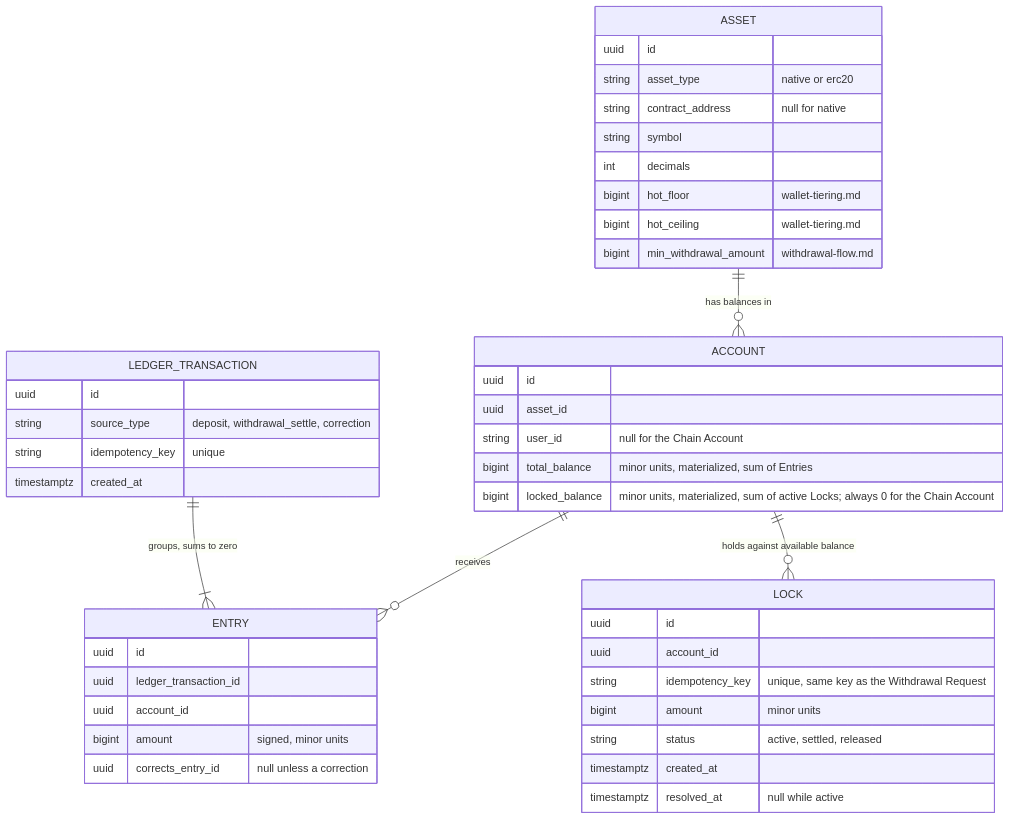
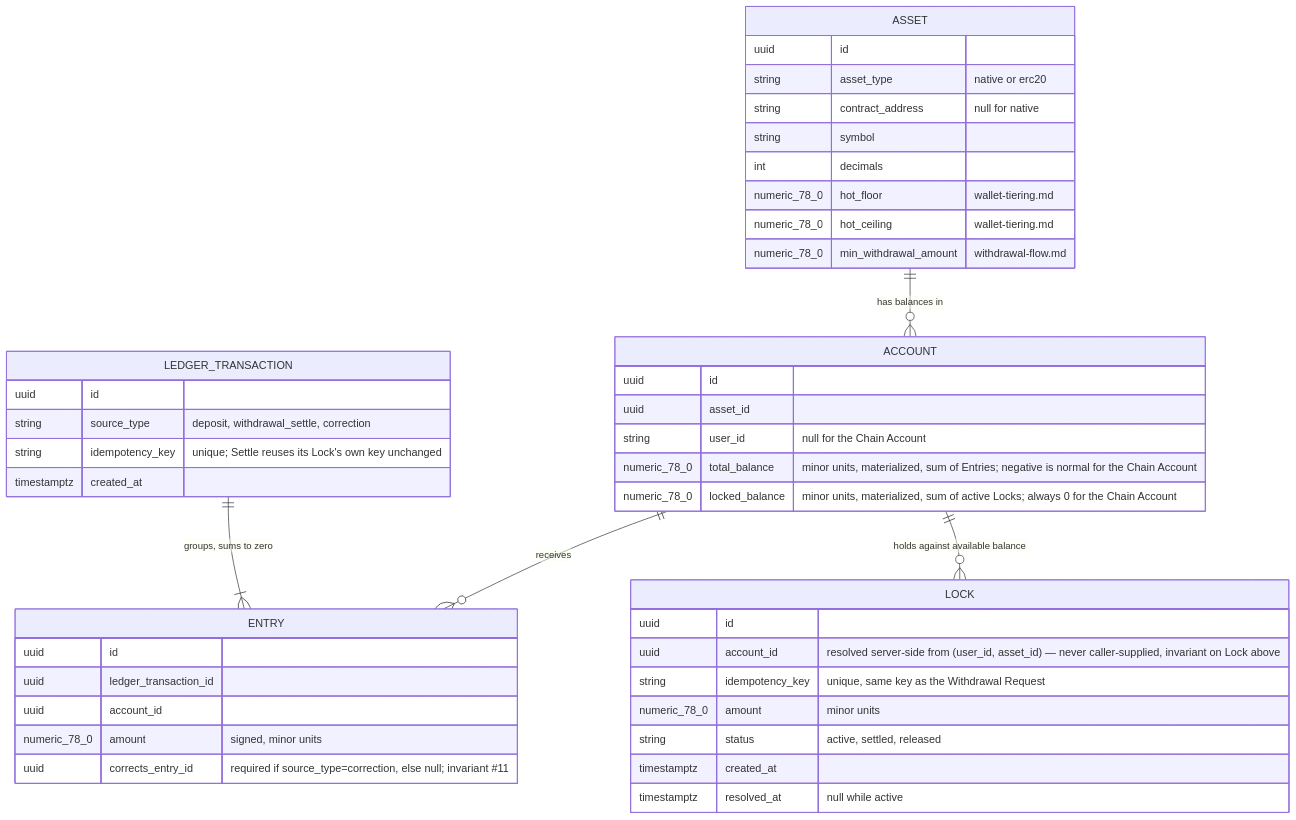
One commit to VuKhuongDuy/DigiWal changed the first of 3 diagrams in docs/design/ledger.md. Above: the diagram before and after it, drawn with Mermaid. The commit also changed other lines of this file and 6 other files, not shown here.

First line of the commit message:
ledger, withdrawal-flow, integration-contracts: close Lock/Settle/Release contract gaps from Tech Lead review

````diff
--- a/docs/design/ledger.md
+++ b/docs/design/ledger.md
@@ -194,47 +272,47 @@
 ```mermaid
 erDiagram
     ASSET ||--o{ ACCOUNT : "has balances in"
     ACCOUNT ||--o{ ENTRY : "receives"
     ACCOUNT ||--o{ LOCK : "holds against available balance"
     LEDGER_TRANSACTION ||--|{ ENTRY : "groups, sums to zero"
 
     ASSET {
         uuid id
         string asset_type "native or erc20"
         string contract_address "null for native"
         string symbol
         int decimals
-        bigint hot_floor "wallet-tiering.md"
-        bigint hot_ceiling "wallet-tiering.md"
-        bigint min_withdrawal_amount "withdrawal-flow.md"
+        numeric_78_0 hot_floor "wallet-tiering.md"
+        numeric_78_0 hot_ceiling "wallet-tiering.md"
+        numeric_78_0 min_withdrawal_amount "withdrawal-flow.md"
     }
     ACCOUNT {
         uuid id
         uuid asset_id
         string user_id "null for the Chain Account"
-        bigint total_balance "minor units, materialized, sum of Entries"
-        bigint locked_balance "minor units, materialized, sum of active Locks; always 0 for the Chain Account"
+        numeric_78_0 total_balance "minor units, materialized, sum of Entries; negative is normal for the Chain Account"
+        numeric_78_0 locked_balance "minor units, materialized, sum of active Locks; always 0 for the Chain Account"
     }
     LOCK {
         uuid id
-        uuid account_id
+        uuid account_id "resolved server-side from (user_id, asset_id) — never caller-supplied, invariant on Lock above"
         string idempotency_key "unique, same key as the Withdrawal Request"
-        bigint amount "minor units"
+        numeric_78_0 amount "minor units"
         string status "active, settled, released"
         timestamptz created_at
         timestamptz resolved_at "null while active"
     }
     LEDGER_TRANSACTION {
         uuid id
         string source_type "deposit, withdrawal_settle, correction"
-        string idempotency_key "unique"
+        string idempotency_key "unique; Settle reuses its Lock's own key unchanged"
         timestamptz created_at
     }
     ENTRY {
         uuid id
         uuid ledger_transaction_id
         uuid account_id
-        bigint amount "signed, minor units"
-        uuid corrects_entry_id "null unless a correction"
+        numeric_78_0 amount "signed, minor units"
+        uuid corrects_entry_id "required if source_type=correction, else null; invariant #11"
     }
 ```
````
